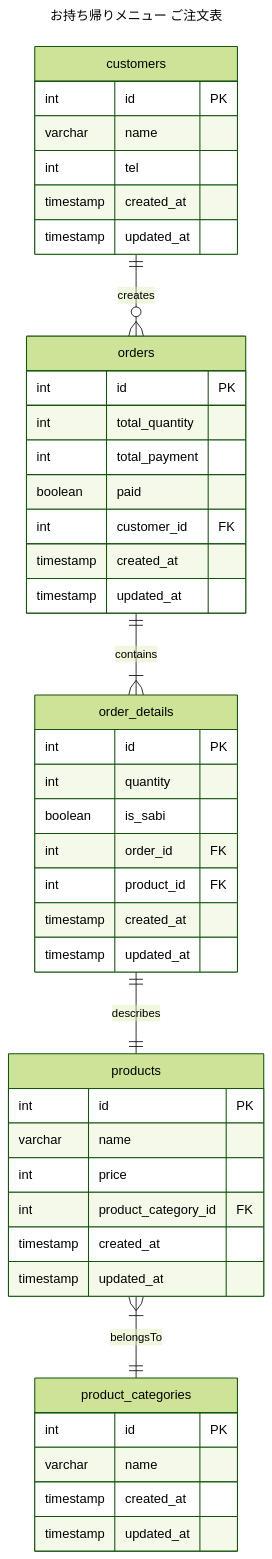
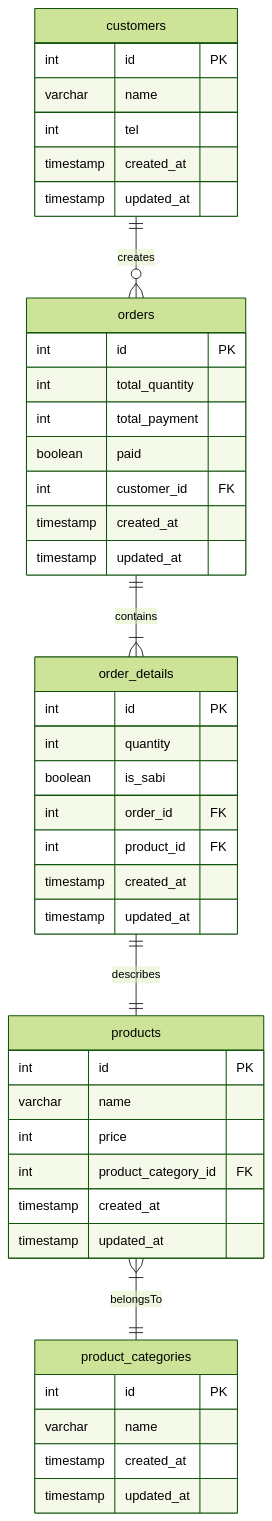
Before and after one commit to kyafuso/PrAha-Challenge: the diagram in データベース設計/データベースモデリング1/課題1-1.md, drawn with Mermaid (forest theme). The commit also changed other lines of this file, not shown here.

````diff
--- a/データベース設計/データベースモデリング1/課題1-1.md
+++ b/データベース設計/データベースモデリング1/課題1-1.md
@@ -1,55 +2,52 @@
 ```mermaid
----
-title: お持ち帰りメニュー ご注文表
----
 erDiagram
 
     customers ||--o{ orders : creates
     orders ||--|{ order_details : contains
     order_details ||--|| products : describes
     products }|--|| product_categories : belongsTo
 
     customers {
         int id PK
         varchar name
         int tel
         timestamp created_at
         timestamp updated_at
     }
 
     orders {
         int id PK
         int total_quantity
         int total_payment
         boolean paid
         int customer_id FK
         timestamp created_at
         timestamp updated_at
     }
 
     order_details {
         int id PK
         int quantity
         boolean is_sabi
         int order_id FK
         int product_id FK
         timestamp created_at
         timestamp updated_at
     }
 
     products {
         int id PK
         varchar name
         int price
         int product_category_id FK
         timestamp created_at
         timestamp updated_at
     }
 
     product_categories {
         int id PK
         varchar name
         timestamp created_at
         timestamp updated_at
     }
 ```
````
